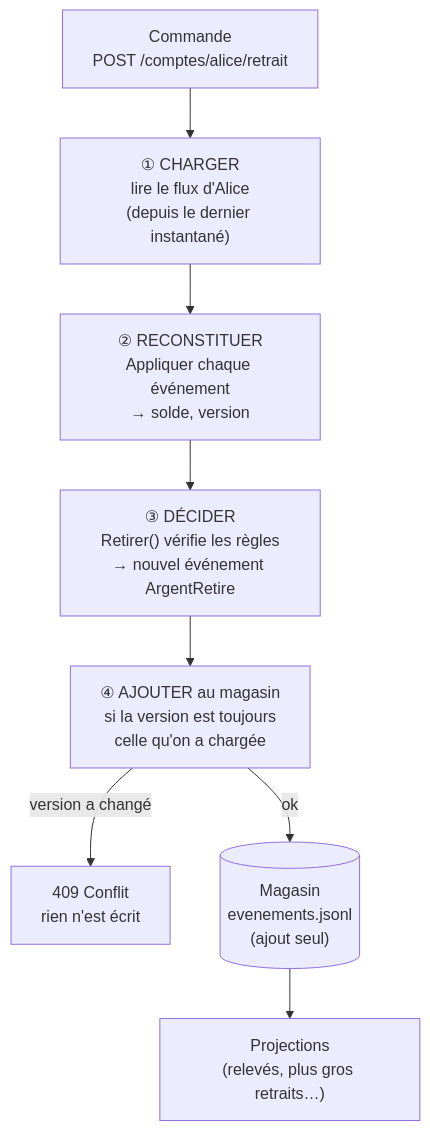
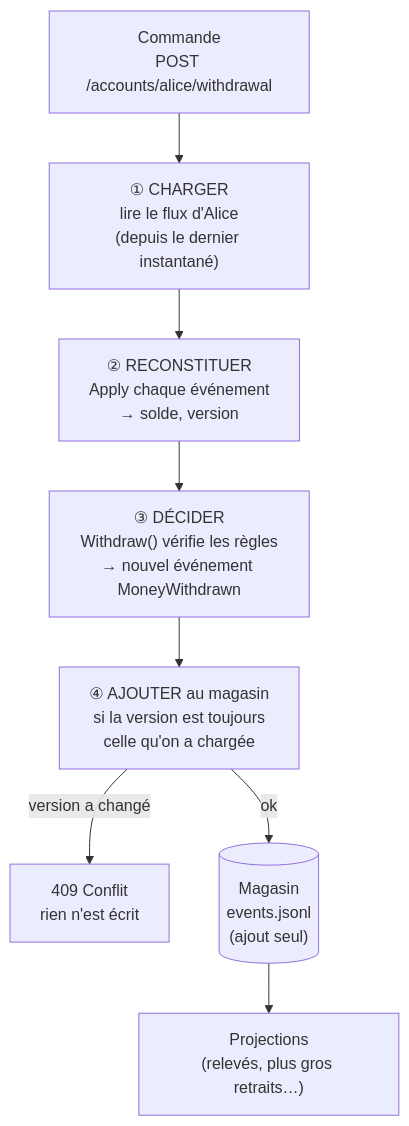
The second of 4 diagrams in Docs/10-event-sourcing.md (drangoht/ArchitecturesDemo), drawn with Mermaid before and after one commit. The commit also changed other lines of this file and 70 other files, not shown here.

Commit message:
Docs FR : identifiants, liens, diagrammes et sorties alignés sur le code anglais

````diff
--- a/Docs/10-event-sourcing.md
+++ b/Docs/10-event-sourcing.md
@@ -30,10 +30,10 @@
 ```mermaid
 flowchart TB
-    C["Commande<br/>POST /comptes/alice/retrait"] --> L["① CHARGER<br/>lire le flux d'Alice<br/>(depuis le dernier instantané)"]
-    L --> R["② RECONSTITUER<br/>Appliquer chaque événement<br/>→ solde, version"]
-    R --> D["③ DÉCIDER<br/>Retirer() vérifie les règles<br/>→ nouvel événement ArgentRetire"]
+    C["Commande<br/>POST /accounts/alice/withdrawal"] --> L["① CHARGER<br/>lire le flux d'Alice<br/>(depuis le dernier instantané)"]
+    L --> R["② RECONSTITUER<br/>Apply chaque événement<br/>→ solde, version"]
+    R --> D["③ DÉCIDER<br/>Withdraw() vérifie les règles<br/>→ nouvel événement MoneyWithdrawn"]
     D --> A["④ AJOUTER au magasin<br/>si la version est toujours<br/>celle qu'on a chargée"]
     A -->|"version a changé"| X["409 Conflit<br/>rien n'est écrit"]
-    A -->|"ok"| M[("Magasin<br/>evenements.jsonl<br/>(ajout seul)")]
+    A -->|"ok"| M[("Magasin<br/>events.jsonl<br/>(ajout seul)")]
     M --> P["Projections<br/>(relevés, plus gros retraits…)"]
 ```
````
